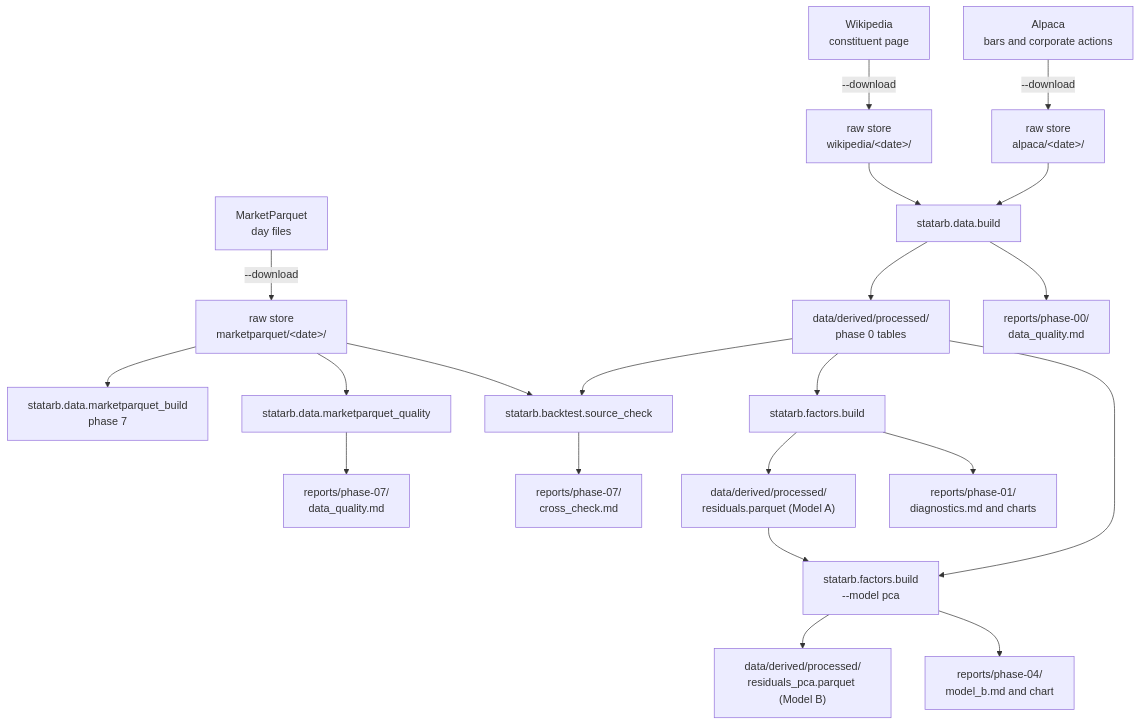
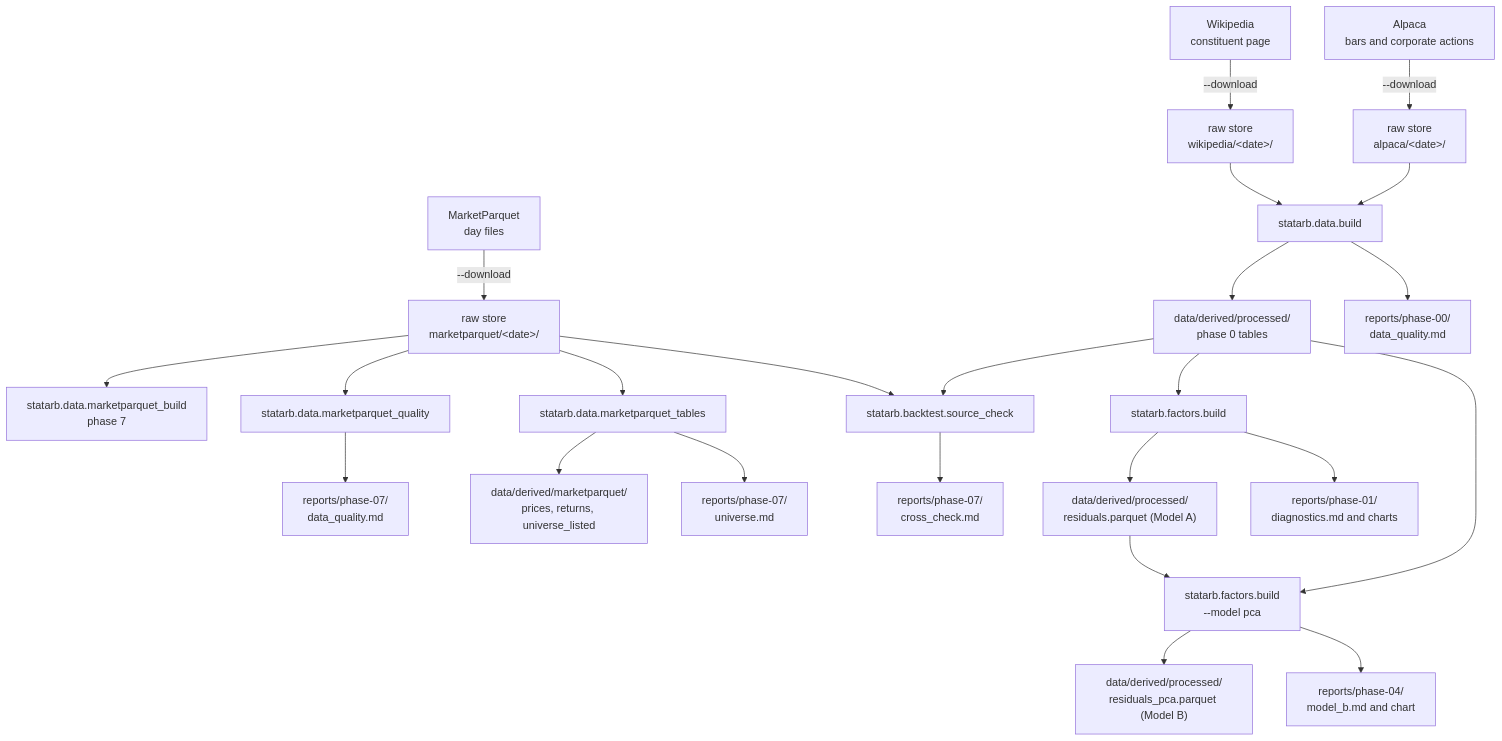
The first of 3 diagrams in docs/architecture.md (tcrossland/stat-arb-from-scratch), drawn with Mermaid before and after one commit. The commit also changed other lines of this file and 12 other files, not shown here.

First line of the commit message:
feat(data): build MarketParquet's tables and a universe of listed names

````diff
--- a/docs/architecture.md
+++ b/docs/architecture.md
@@ -9,23 +9,26 @@
 ```mermaid
 flowchart TB
     W["Wikipedia<br/>constituent page"] -->|--download| RW["raw store<br/>wikipedia/&lt;date&gt;/"]
     A["Alpaca<br/>bars and corporate actions"] -->|--download| RA["raw store<br/>alpaca/&lt;date&gt;/"]
     M["MarketParquet<br/>day files"] -->|--download| RM["raw store<br/>marketparquet/&lt;date&gt;/"]
     RM --> MB["statarb.data.marketparquet_build<br/>phase 7"]
     RM --> MQ["statarb.data.marketparquet_quality"]
     MQ --> QM["reports/phase-07/<br/>data_quality.md"]
+    RM --> MT["statarb.data.marketparquet_tables"]
+    MT --> PM["data/derived/marketparquet/<br/>prices, returns, universe_listed"]
+    MT --> UM["reports/phase-07/<br/>universe.md"]
     RM --> SC["statarb.backtest.source_check"]
     P --> SC
     SC --> XC["reports/phase-07/<br/>cross_check.md"]
     RW --> B["statarb.data.build"]
     RA --> B
     B --> P["data/derived/processed/<br/>phase 0 tables"]
     B --> Q["reports/phase-00/<br/>data_quality.md"]
     P --> F["statarb.factors.build"]
     F --> RS["data/derived/processed/<br/>residuals.parquet (Model A)"]
     F --> FR["reports/phase-01/<br/>diagnostics.md and charts"]
     RS --> FB["statarb.factors.build<br/>--model pca"]
     P --> FB
     FB --> RB["data/derived/processed/<br/>residuals_pca.parquet (Model B)"]
     FB --> FBR["reports/phase-04/<br/>model_b.md and chart"]
 ```
````
